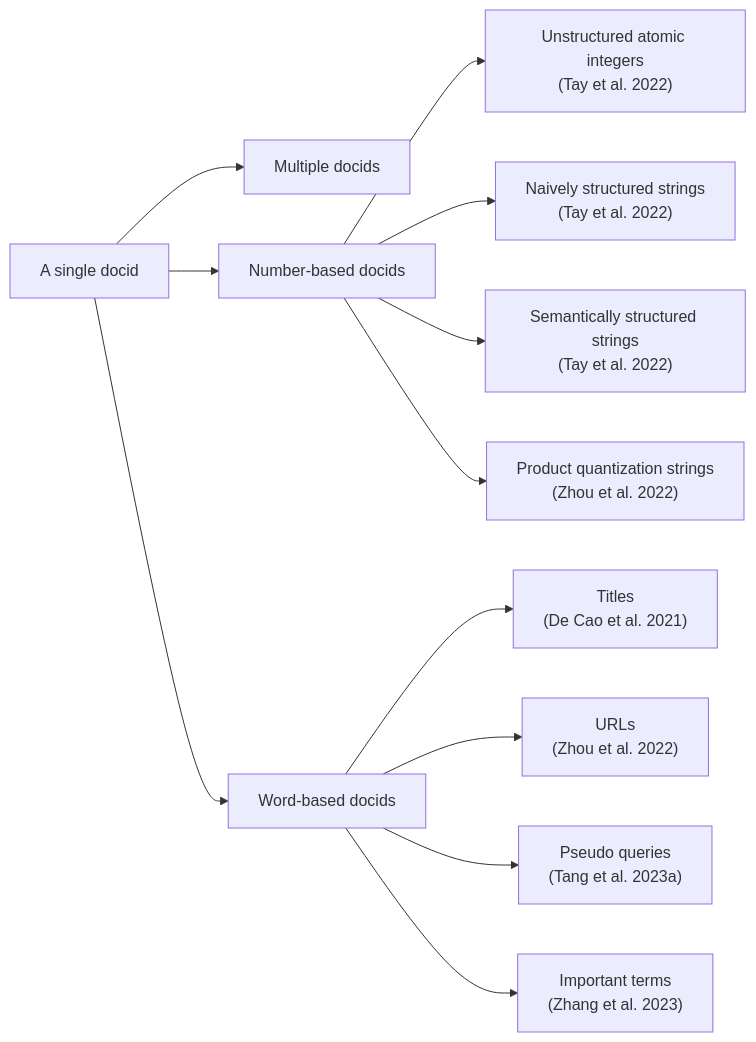
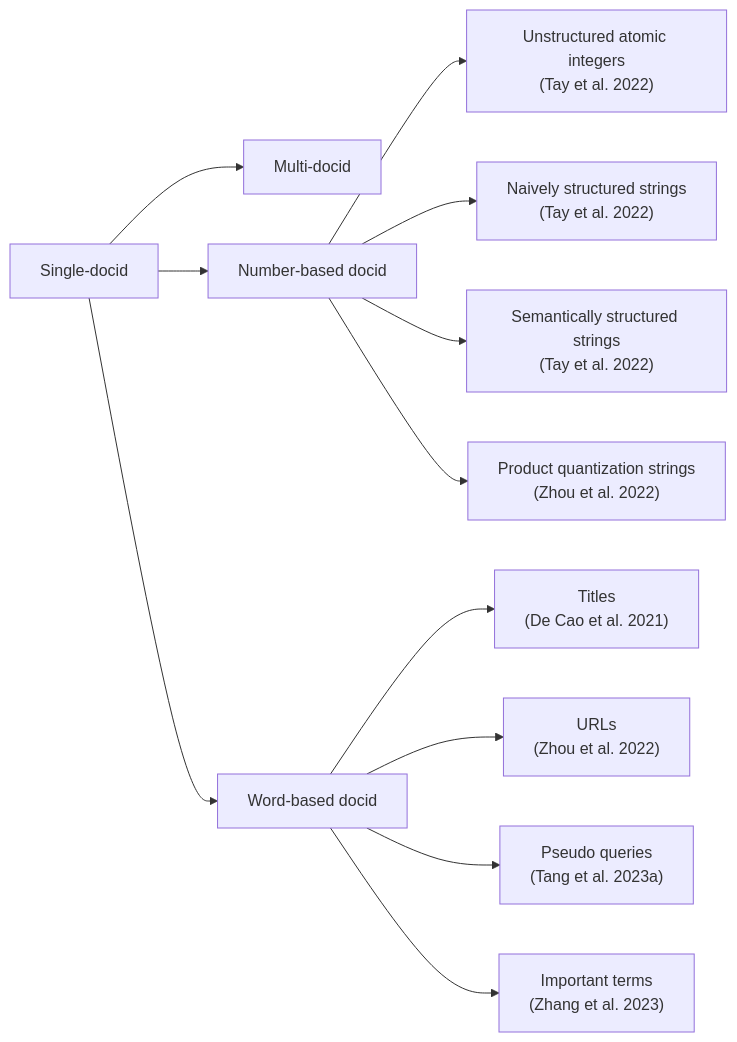
Before and after one commit to GenIR-notes/genir-notes: the diagram in docs/document_retrieval/roadmap.md, drawn with Mermaid. The commit also changed other lines of this file, not shown here.

````diff
--- a/docs/document_retrieval/roadmap.md
+++ b/docs/document_retrieval/roadmap.md
@@ -1,25 +11,25 @@
 ```mermaid
 flowchart LR
 
     %% Main categories
-    A["A single docid"]
-    B["Multiple docids"]
+    A["Single-docid"]
+    B["Multi-docid"]
 
-    A --> A1["Number-based docids"]
-    A --> A2["Word-based docids"]
+    A --> A1["Number-based docid"]
+    A --> A2["Word-based docid"]
 
     %% Number-based docids breakdown
     A1 --> A1a["Unstructured atomic integers<br>(Tay et al. 2022)"]
     A1 --> A1b["Naively structured strings<br>(Tay et al. 2022)"]
     A1 --> A1c["Semantically structured strings<br>(Tay et al. 2022)"]
     A1 --> A1d["Product quantization strings<br>(Zhou et al. 2022)"]
 
     %% Word-based docids breakdown
     A2 --> A2a["Titles<br>(De Cao et al. 2021)"]
     A2 --> A2b["URLs<br>(Zhou et al. 2022)"]
     A2 --> A2c["Pseudo queries<br>(Tang et al. 2023a)"]
     A2 --> A2d["Important terms<br>(Zhang et al. 2023)"]
 
     %% Single → Multiple
     A --> B
 ```
````
